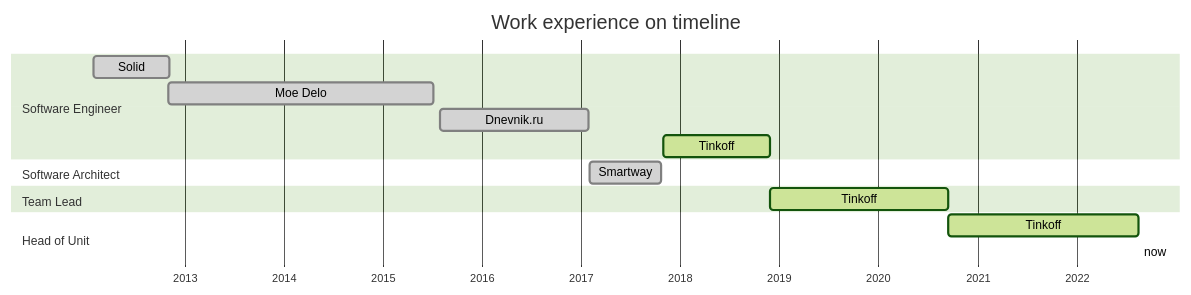
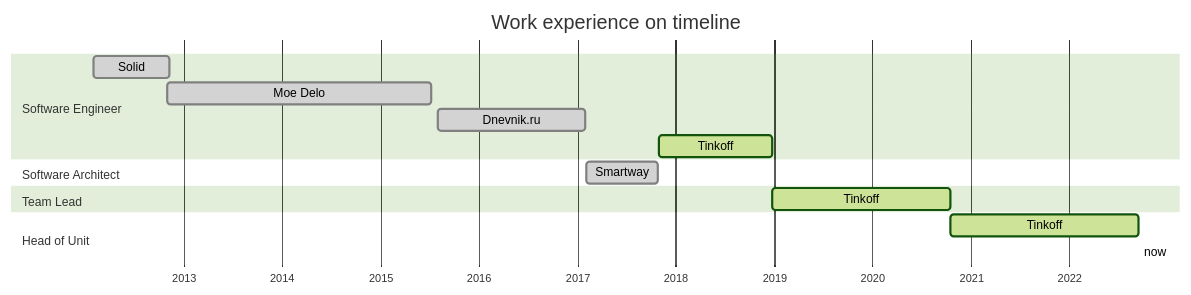
The diagram in en.md (mchechulnikov/cv), drawn with Mermaid (forest theme) before and after one commit.

````diff
--- a/en.md
+++ b/en.md
@@ -26,23 +26,23 @@
 ```mermaid
 gantt
     title Work experience on timeline
     dateFormat  YYYY-MM
     axisFormat  %Y
     todayMarker stroke-width:5px, opacity:0.75
     
     section Software Engineer
     Solid       :done, sd, 2012-02, 40w
     Moe Delo    :done, md, 2012-11, 140w
     Dnevnik.ru  :done, dn, 2015-08, 78w
-    Tinkoff     :active, tfsde, 2017-11, 56w
+    Tinkoff     :active, tfsde, 2017-11, 60w
     
     section Software Architect
     Smartway    :done, sw, 2017-02, 38w
     
     section Team Lead
     Tinkoff     :active, tftl, after tfsde, 94w
     
     section Head of Unit
     Tinkoff     :active, tf, after tftl, 100w
     now         :now
 ```
````
